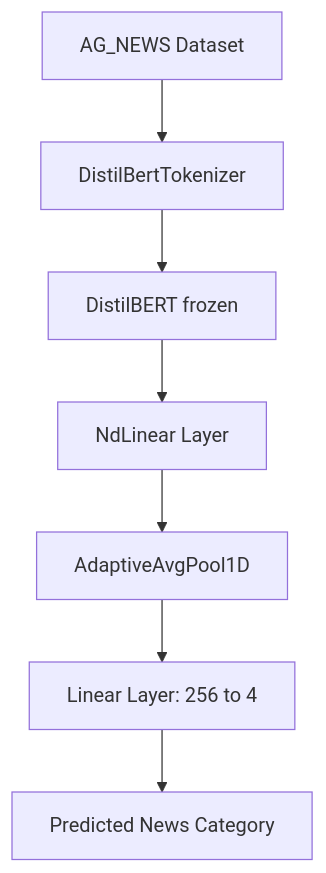
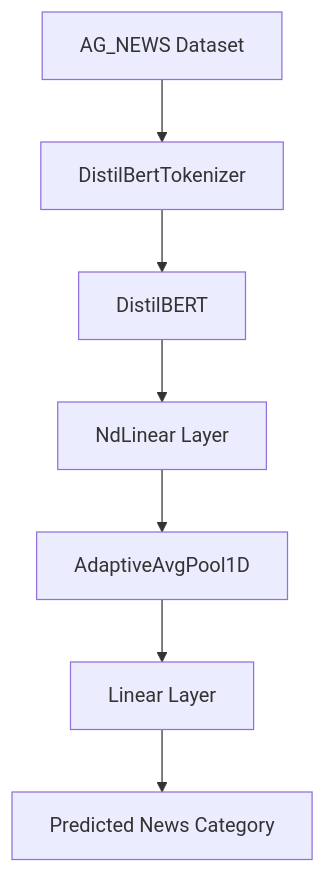
Before and after one commit to avneetproject/Deep-Learning: the diagram in NdLearn/README.md, drawn with Mermaid.

````diff
--- a/NdLearn/README.md
+++ b/NdLearn/README.md
@@ -65,10 +65,10 @@
 ```mermaid
 flowchart TD
     A[AG_NEWS Dataset] --> B[DistilBertTokenizer]
-    B --> C[DistilBERT frozen]
+    B --> C[DistilBERT]
     C --> D[NdLinear Layer]
     D --> E[AdaptiveAvgPool1D]
-    E --> F[Linear Layer: 256 to 4]
+    E --> F[Linear Layer]
     F --> G[Predicted News Category]
 
 ```
````
